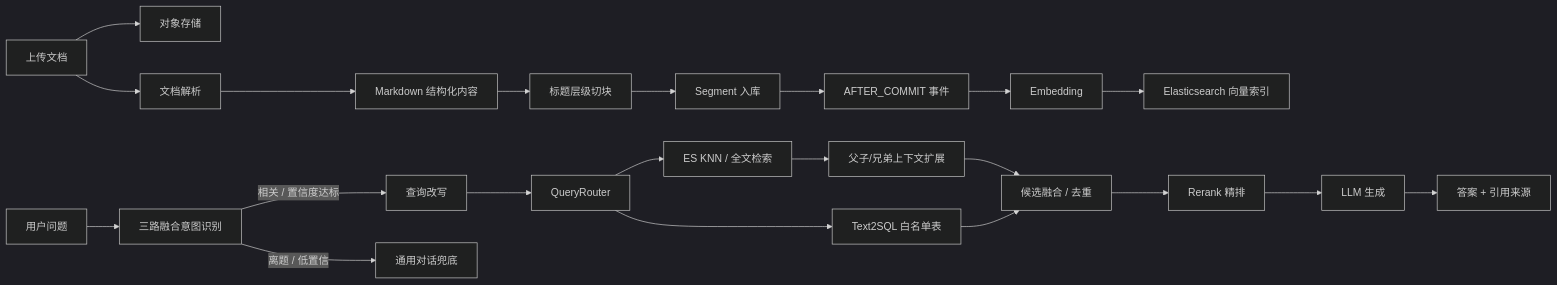
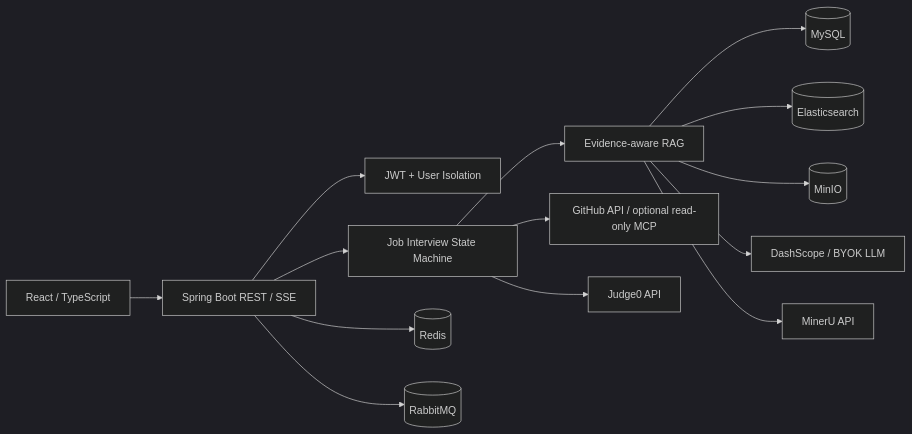
The diagram in README.md (zhanglinrun/ai-interview), drawn with Mermaid (dark theme) before and after one commit. The commit also changed other lines of this file and 754 other files, not shown here.

````diff
--- a/README.md
+++ b/README.md
@@ -133,24 +92,16 @@
 ```mermaid
 flowchart LR
-  A["上传文档"] --> B["对象存储"]
-  A --> C["文档解析"]
-  C --> D["Markdown 结构化内容"]
-  D --> E["标题层级切块"]
-  E --> F["Segment 入库"]
-  F --> G["AFTER_COMMIT 事件"]
-  G --> H["Embedding"]
-  H --> I["Elasticsearch 向量索引"]
-
-  Q["用户问题"] --> R["三路融合意图识别"]
-  R -->|"相关 / 置信度达标"| S["查询改写"]
-  R -->|"离题 / 低置信"| FB["通用对话兜底"]
-  S --> T["QueryRouter"]
-  T --> U1["ES KNN / 全文检索"]
-  T --> U2["Text2SQL 白名单表"]
-  U1 --> X["父子/兄弟上下文扩展"]
-  X --> V["候选融合 / 去重"]
-  U2 --> V
-  V --> W["Rerank 精排"]
-  W --> Y["LLM 生成"]
-  Y --> Z["答案 + 引用来源"]
+  UI["React / TypeScript"] --> API["Spring Boot REST / SSE"]
+  API --> Auth["JWT + User Isolation"]
+  API --> Interview["Job Interview State Machine"]
+  Interview --> RAG["Evidence-aware RAG"]
+  RAG --> MySQL[(MySQL)]
+  RAG --> ES[(Elasticsearch)]
+  RAG --> MinIO[(MinIO)]
+  API --> Redis[(Redis)]
+  API --> MQ[(RabbitMQ)]
+  RAG --> Model["DashScope / BYOK LLM"]
+  RAG --> MinerU["MinerU API"]
+  Interview --> GitHub["GitHub API / optional read-only MCP"]
+  Interview --> Judge0["Judge0 API"]
 ```
````
